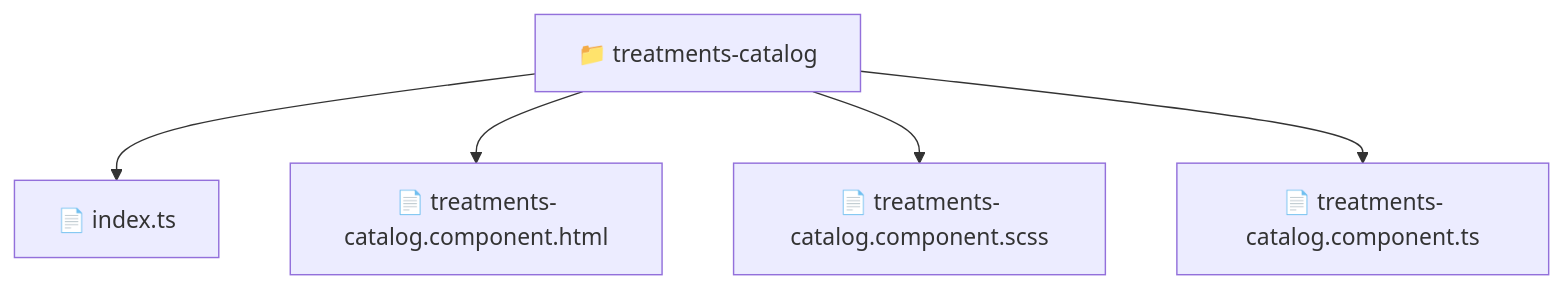
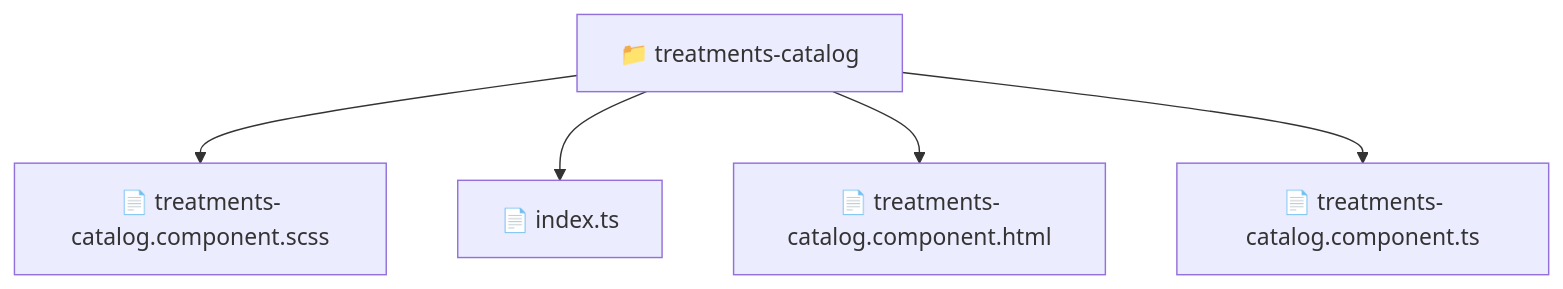
The diagram in frontend/src/pages/treatments-catalog/README.md (beginwebdev2002/fullstack-mavluda), drawn with Mermaid before and after one commit. The commit also changed other lines of this file and 164 other files, not shown here.

First line of the commit message:
docs: generate robust autonomous architectural documentation

````diff
--- a/frontend/src/pages/treatments-catalog/README.md
+++ b/frontend/src/pages/treatments-catalog/README.md
@@ -11,8 +11,8 @@
 ```mermaid
 graph TD
-  Root["📁 treatments-catalog"]
-  Root --> index_ts["📄 index.ts"]
-  Root --> treatments_catalog_component_html["📄 treatments-catalog.component.html"]
-  Root --> treatments_catalog_component_scss["📄 treatments-catalog.component.scss"]
-  Root --> treatments_catalog_component_ts["📄 treatments-catalog.component.ts"]
+    f_treatments_catalog["📁 treatments-catalog"]
+    f_treatments_catalog --> f_treatments_catalog_component_scss["📄 treatments-catalog.component.scss"]
+    f_treatments_catalog --> f_index_ts["📄 index.ts"]
+    f_treatments_catalog --> f_treatments_catalog_component_html["📄 treatments-catalog.component.html"]
+    f_treatments_catalog --> f_treatments_catalog_component_ts["📄 treatments-catalog.component.ts"]
 ```
````
